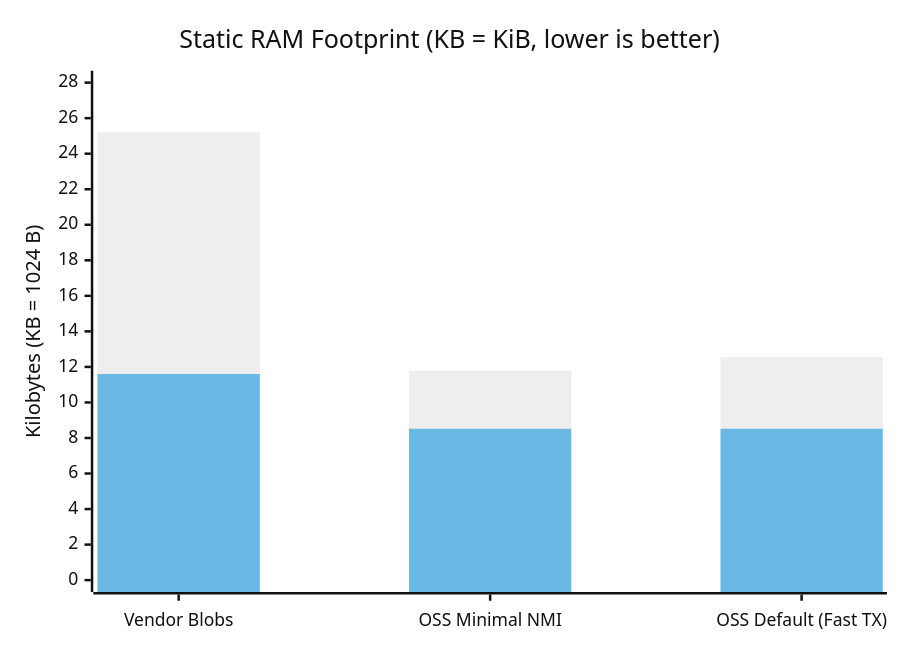
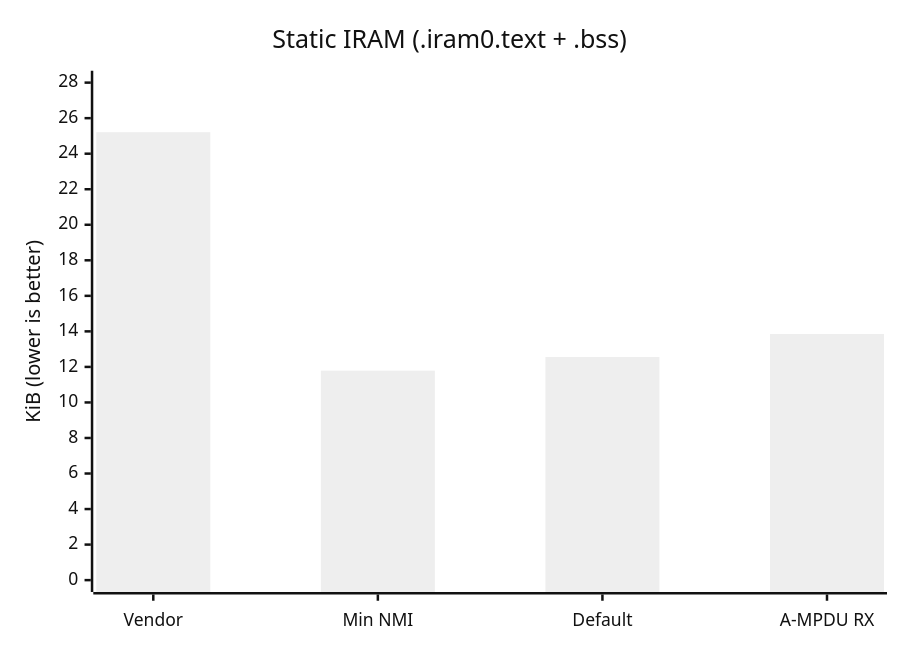
Before and after one commit to Adam5Wu/ESP8266_RTOS_SDK: the third of 4 diagrams in components/esp8266/WIFI_DESIGN.md, drawn with Mermaid (neutral theme). The commit also changed other lines of this file and 1 other file, not shown here.

Commit message:
docs(esp8266): unify WIFI_DESIGN.md A/B tables, split IRAM/DRAM charts, and sync Kconfig MIN_NMI delta

````diff
--- a/components/esp8266/WIFI_DESIGN.md
+++ b/components/esp8266/WIFI_DESIGN.md
@@ -162,8 +164,7 @@
 ```mermaid
 xychart-beta
-    title "Static RAM Footprint (KB = KiB, lower is better)"
-    x-axis ["Vendor Blobs", "OSS Minimal NMI", "OSS Default (Fast TX)"]
-    y-axis "Kilobytes (KB = 1024 B)" 0 --> 28
-    bar [25.21, 11.79, 12.56]
-    bar [11.60, 8.52, 8.52]
+    title "Static IRAM (.iram0.text + .bss)"
+    x-axis ["Vendor", "Min NMI", "Default", "A-MPDU RX"]
+    y-axis "KiB (lower is better)" 0 --> 28
+    bar [25.21, 11.79, 12.56, 13.85]
 ```
````
